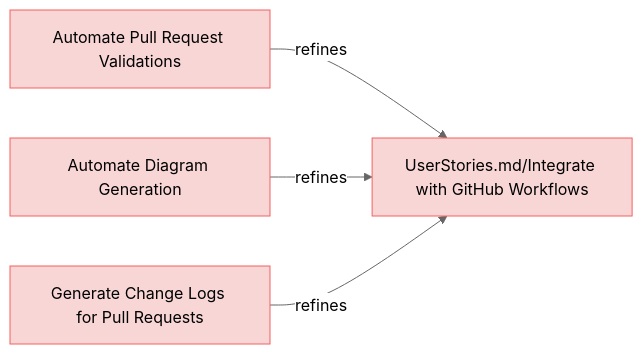
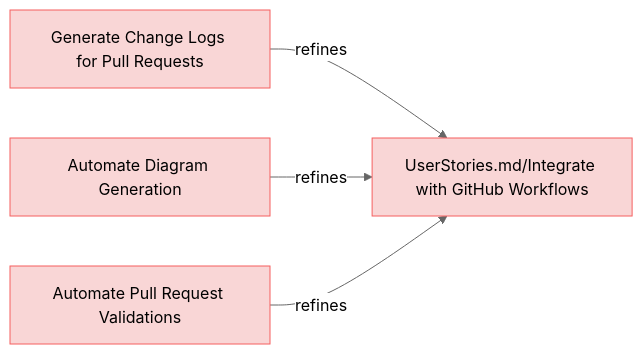
One commit to reqvire-org/reqvire changed the fourth of 9 diagrams in specifications/UserRequirements.md. Above: the diagram before and after it, drawn with Mermaid (neutral theme). The commit also changed other lines of this file and 14 other files, not shown here.

````diff
--- a/specifications/UserRequirements.md
+++ b/specifications/UserRequirements.md
@@ -269,24 +269,24 @@
 ```mermaid
 graph LR;
   %% Graph styling
   classDef requirement fill:#f9d6d6,stroke:#f55f5f,stroke-width:1px;
   classDef verification fill:#d6f9d6,stroke:#5fd75f,stroke-width:1px;
   classDef externalLink fill:#d0e0ff,stroke:#3080ff,stroke-width:1px;
   classDef default fill:#f5f5f5,stroke:#333333,stroke-width:1px;
 
-  15f2f511b2399406["Automate Pull Request Validations"];
-  class 15f2f511b2399406 requirement;
-  click 15f2f511b2399406 "UserRequirements.md#automate-pull-request-validations";
+  672b444a568468b8["Generate Change Logs for Pull Requests"];
+  class 672b444a568468b8 requirement;
+  click 672b444a568468b8 "UserRequirements.md#generate-change-logs-for-pull-requests";
   98eaeddc27f99e11["UserStories.md/Integrate with GitHub Workflows"];
   class 98eaeddc27f99e11 requirement;
   click 98eaeddc27f99e11 "UserStories.md#integrate-with-github-workflows";
-  15f2f511b2399406 -->|refines| 98eaeddc27f99e11;
+  672b444a568468b8 -->|refines| 98eaeddc27f99e11;
   98a581084d5542fa["Automate Diagram Generation"];
   class 98a581084d5542fa requirement;
   click 98a581084d5542fa "UserRequirements.md#automate-diagram-generation";
   98a581084d5542fa -->|refines| 98eaeddc27f99e11;
-  672b444a568468b8["Generate Change Logs for Pull Requests"];
-  class 672b444a568468b8 requirement;
-  click 672b444a568468b8 "UserRequirements.md#generate-change-logs-for-pull-requests";
-  672b444a568468b8 -->|refines| 98eaeddc27f99e11;
+  15f2f511b2399406["Automate Pull Request Validations"];
+  class 15f2f511b2399406 requirement;
+  click 15f2f511b2399406 "UserRequirements.md#automate-pull-request-validations";
+  15f2f511b2399406 -->|refines| 98eaeddc27f99e11;
 ```
````
